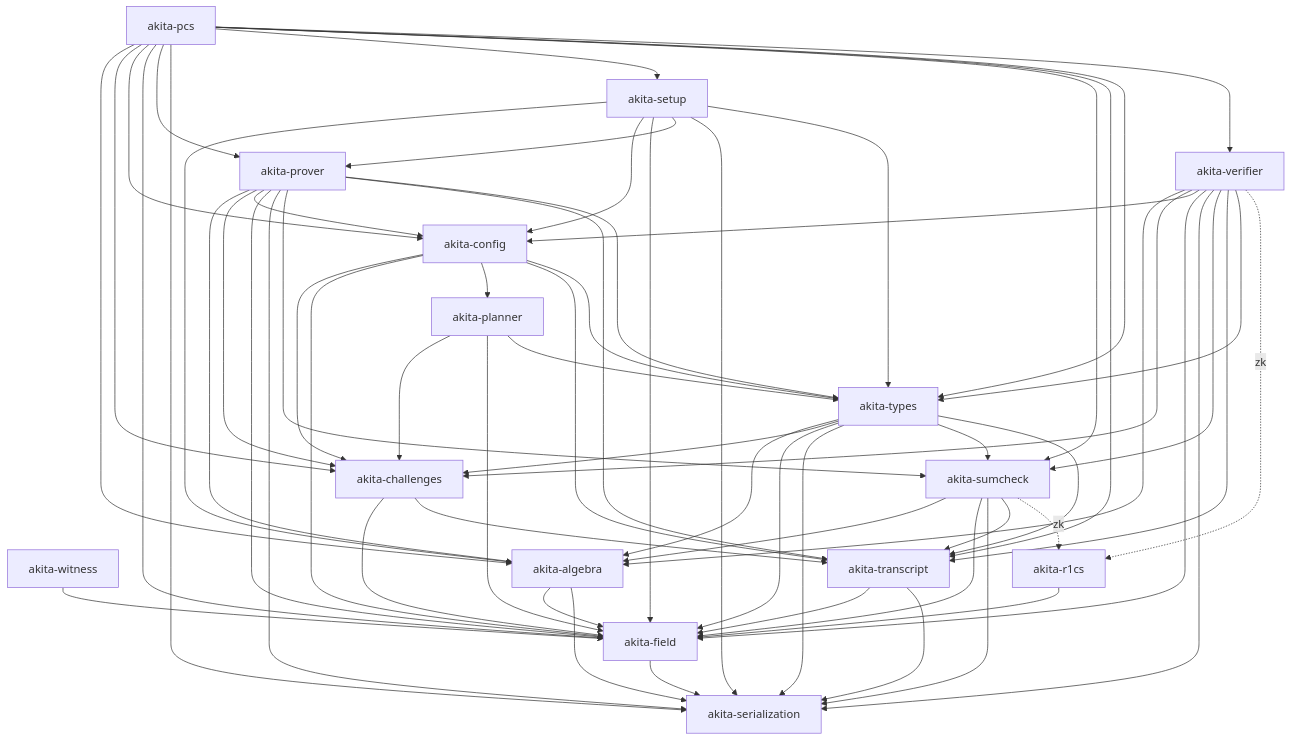
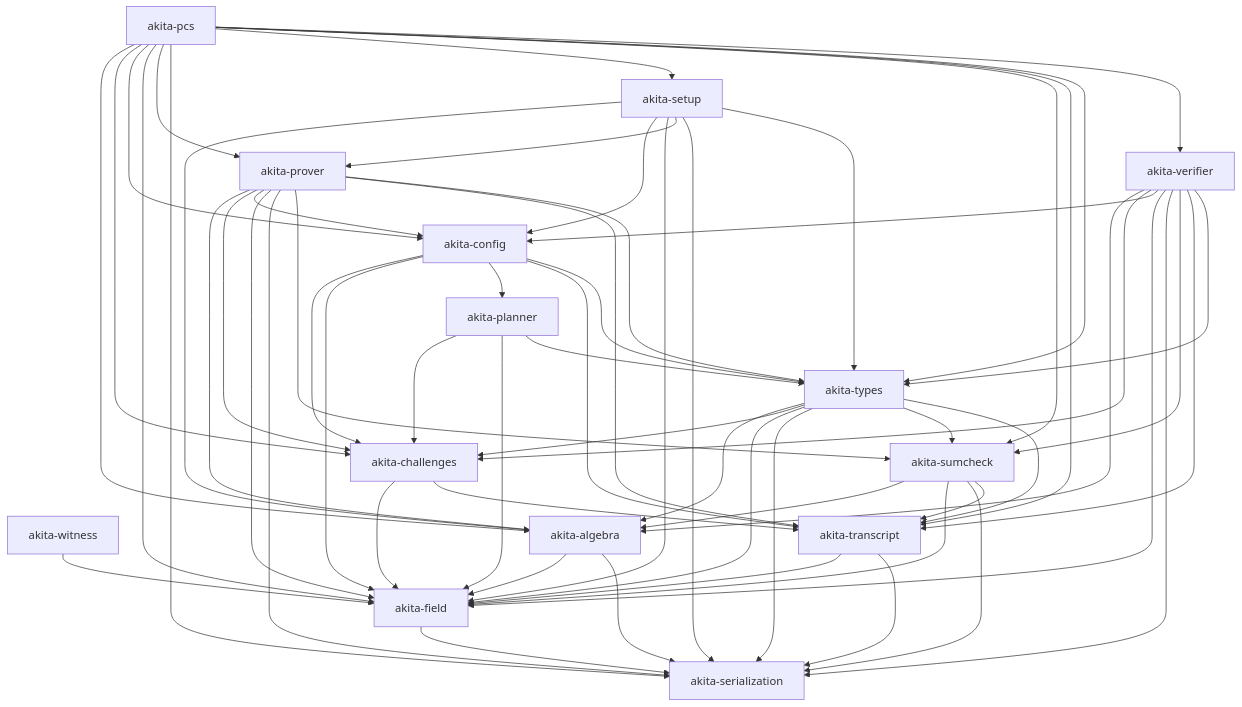
The diagram in docs/crate-graph.md (LayerZero-Labs/akita), drawn with Mermaid before and after one commit. The commit also changed other lines of this file and 17 other files, not shown here.

````diff
--- a/docs/crate-graph.md
+++ b/docs/crate-graph.md
@@ -35,81 +34,77 @@
 ```mermaid
 graph TD
   Ser["akita-serialization"]
   Field["akita-field"]
   Witness["akita-witness"]
   Algebra["akita-algebra"]
   Transcript["akita-transcript"]
   Challenges["akita-challenges"]
   Sumcheck["akita-sumcheck"]
-  R1cs["akita-r1cs"]
   Types["akita-types"]
   Planner["akita-planner"]
   Config["akita-config"]
   Verifier["akita-verifier"]
   Prover["akita-prover"]
   Setup["akita-setup"]
   Pcs["akita-pcs"]
 
   Field --> Ser
   Witness --> Field
   Algebra --> Field
   Algebra --> Ser
   Transcript --> Field
   Transcript --> Ser
   Challenges --> Field
   Challenges --> Transcript
-  R1cs --> Field
   Sumcheck --> Algebra
   Sumcheck --> Field
   Sumcheck --> Ser
   Sumcheck --> Transcript
-  Sumcheck -. "zk" .-> R1cs
   Types --> Algebra
   Types --> Challenges
   Types --> Field
   Types --> Ser
   Types --> Sumcheck
   Types --> Transcript
   Planner --> Challenges
   Planner --> Field
   Planner --> Types
   Config --> Challenges
   Config --> Field
   Config --> Planner
   Config --> Transcript
   Config --> Types
   Verifier --> Algebra
   Verifier --> Challenges
   Verifier --> Config
   Verifier --> Field
   Verifier --> Ser
   Verifier --> Sumcheck
   Verifier --> Transcript
   Verifier --> Types
-  Verifier -. "zk" .-> R1cs
   Prover --> Algebra
   Prover --> Challenges
   Prover --> Config
   Prover --> Field
   Prover --> Ser
   Prover --> Sumcheck
   Prover --> Transcript
   Prover --> Types
   Setup --> Algebra
   Setup --> Config
   Setup --> Field
   Setup --> Prover
   Setup --> Ser
   Setup --> Types
   Pcs --> Algebra
   Pcs --> Challenges
   Pcs --> Config
   Pcs --> Field
   Pcs --> Prover
   Pcs --> Ser
   Pcs --> Setup
   Pcs --> Sumcheck
   Pcs --> Transcript
   Pcs --> Types
   Pcs --> Verifier
 ```
````
